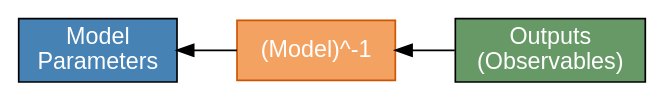
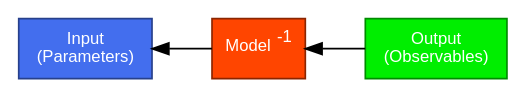
Before and after one commit to marcora/bayesian_inference_with_stan: the second of 3 diagrams in rethinking.qmd, drawn with Graphviz. The commit also changed other lines of this file and 2 other files, not shown here.

Commit message:
Refine graphs

````diff
--- a/rethinking.qmd
+++ b/rethinking.qmd
@@ -41,13 +49,14 @@
 ```{dot}
 digraph G {
     rankdir=RL;
-    node [shape=box style=filled fontname="Helvetica" fontsize=14];
+    
+    node [shape=box style=filled fontname="Helvetica" fontcolor=white fontsize=10];
 
-    Outputs [label="Outputs\n(Observables)", fillcolor="#669966", fontcolor=white];
-    InverseModel [label="(Model)^-1", fillcolor="#f4a261", fontcolor=white, color="#cc5500"];
-    Parameters [label="Model\nParameters", fillcolor="#4682b4", fontcolor=white];
+    Observables [label="Output\n(Observables)", fillcolor=green2, color=green4];
+    InverseModel [label=<Model<SUP>-1</SUP>>, fillcolor=orangered, color=orangered4];
+    Parameters [label="Input\n(Parameters)", fillcolor=royalblue2, color=royalblue4];
 
-    Outputs -> InverseModel;
+    Observables -> InverseModel;
     InverseModel -> Parameters;
 }
 ```
````
